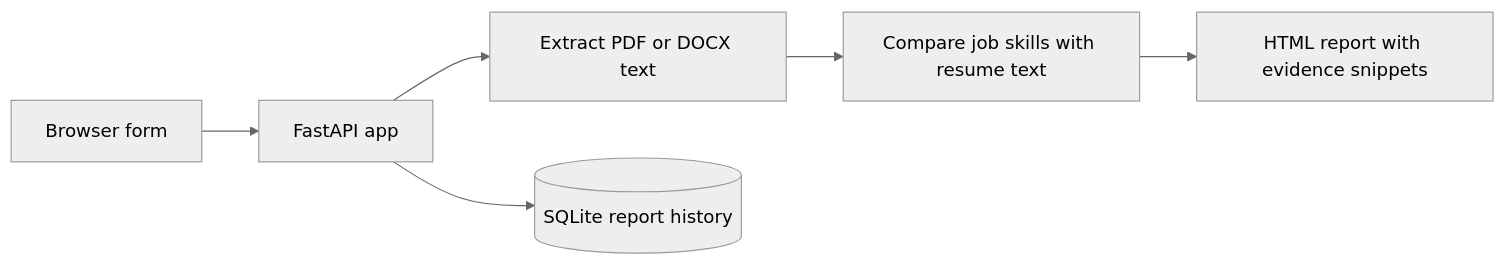
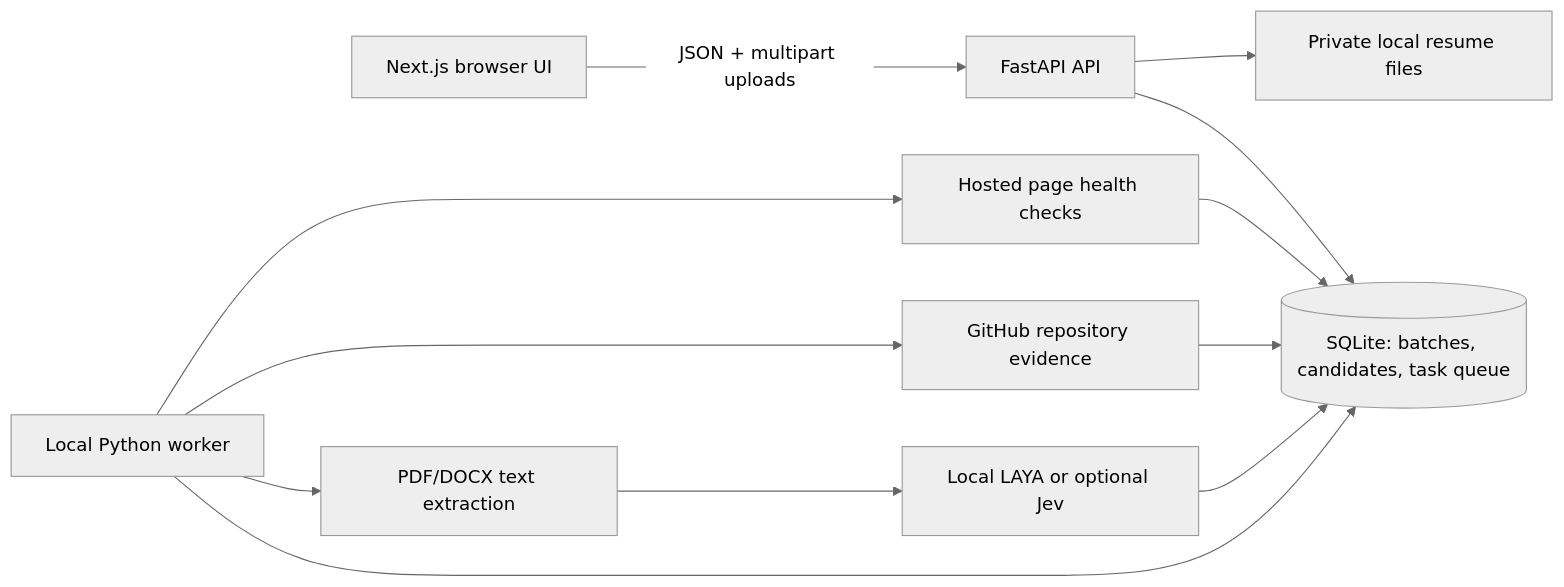
The diagram in README.md (rhythm8877/resume-screening), drawn with Mermaid (neutral theme) before and after one commit. The commit also changed other lines of this file and 30 other files, not shown here.

````diff
--- a/README.md
+++ b/README.md
@@ -33,8 +7,14 @@
 ```mermaid
 flowchart LR
-  B[Browser form] --> A[FastAPI app]
-  A --> P[Extract PDF or DOCX text]
-  P --> C[Compare job skills with resume text]
-  C --> R[HTML report with evidence snippets]
-  A --> D[(SQLite report history)]
+  U[Next.js browser UI] -->|JSON + multipart uploads| A[FastAPI API]
+  A --> D[(SQLite: batches, candidates, task queue)]
+  A --> F[Private local resume files]
+  W[Local Python worker] --> D
+  W --> P[PDF/DOCX text extraction]
+  P --> L[Local LAYA or optional Jev]
+  L --> D
+  W --> G[GitHub repository evidence]
+  W --> S[Hosted page health checks]
+  G --> D
+  S --> D
 ```
````
